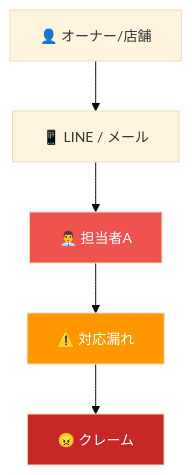
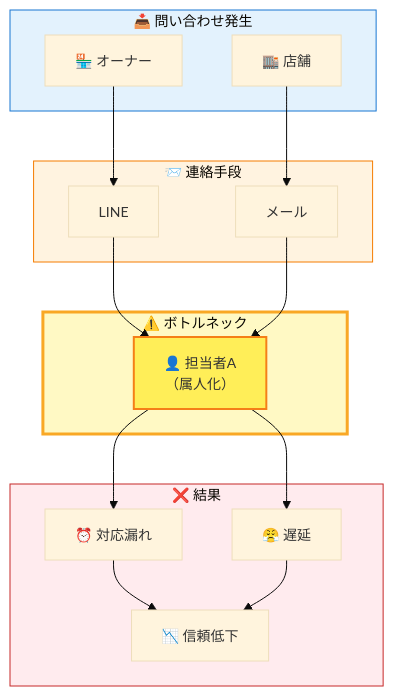
The third of 20 diagrams in docs/FITPLACE_LARK_PROPOSAL.md (PLark-droid/lark-proposal), drawn with Mermaid before and after one commit. The commit also changed other lines of this file, not shown here.

First line of the commit message:
docs: V1コンテンツベースにインフォグラフィック品質のMermaid図を適用

````diff
--- a/docs/FITPLACE_LARK_PROPOSAL.md
+++ b/docs/FITPLACE_LARK_PROPOSAL.md
@@ -127,16 +124,38 @@
 ```mermaid
 %%{init: {'theme': 'base', 'themeVariables': {'fontSize': '14px'}}}%%
 flowchart TB
-    A["👤 オーナー/店舗"]
-    B["📱 LINE / メール"]
-    C["👨‍💼 担当者A"]
-    D["⚠️ 対応漏れ"]
-    E["😠 クレーム"]
+    subgraph input["📥 問い合わせ発生"]
+        I1["🏪 オーナー"]
+        I2["🏬 店舗"]
+    end
 
-    A --> B --> C
-    C --> D --> E
+    subgraph channel["📨 連絡手段"]
+        C1["LINE"]
+        C2["メール"]
+    end
 
-    style C fill:#ef5350,color:#fff
-    style D fill:#ff9800,color:#fff
-    style E fill:#c62828,color:#fff
+    subgraph bottleneck["⚠️ ボトルネック"]
+        B1["👤 担当者A<br/>（属人化）"]
+    end
+
+    subgraph result["❌ 結果"]
+        R1["⏰ 対応漏れ"]
+        R2["😤 遅延"]
+        R3["📉 信頼低下"]
+    end
+
+    I1 --> C1
+    I2 --> C2
+    C1 --> B1
+    C2 --> B1
+    B1 --> R1
+    B1 --> R2
+    R1 --> R3
+    R2 --> R3
+
+    style input fill:#e3f2fd,stroke:#1976d2
+    style channel fill:#fff3e0,stroke:#f57c00
+    style bottleneck fill:#fff9c4,stroke:#f9a825,stroke-width:3px
+    style result fill:#ffebee,stroke:#c62828
+    style B1 fill:#ffee58,stroke:#f57f17,stroke-width:2px
 ```
````
